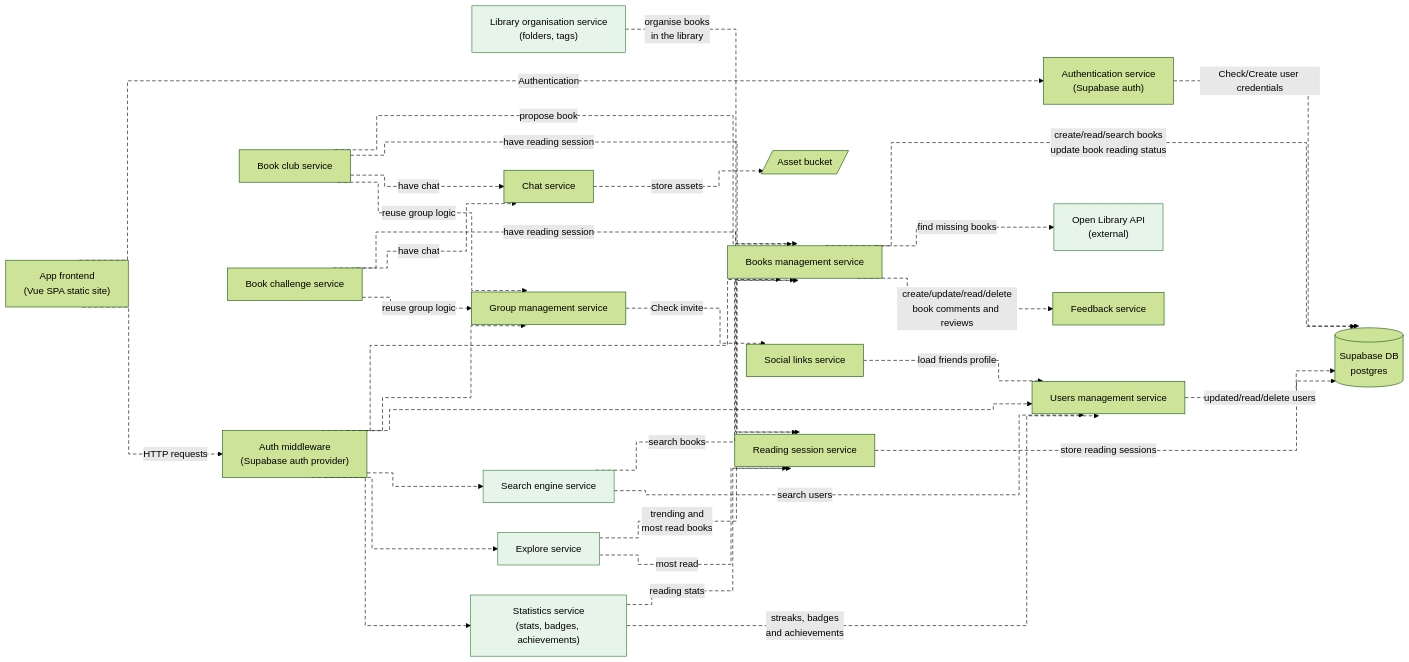
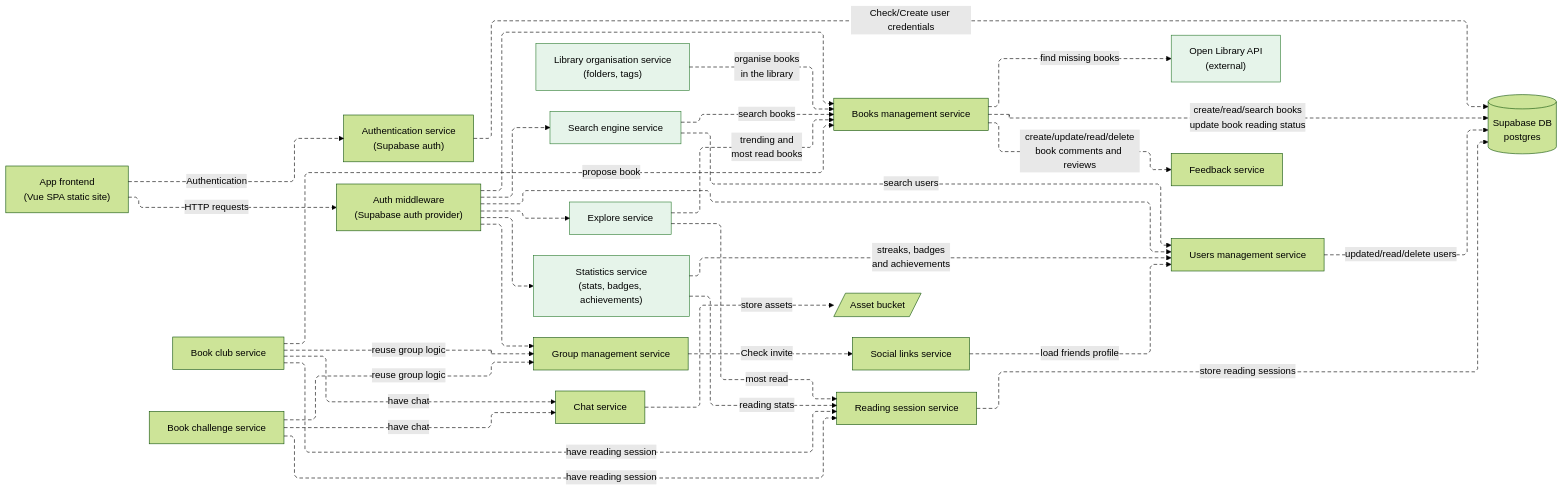
Before and after one commit to MESW-LES-2627/les-project-group-6: the third of 3 diagrams in docs/design.md, drawn with Mermaid (forest theme). The commit also changed 1 other file, not shown here.

Commit message:
docs: align arrows in the iteration 2 component diagram

````diff
--- a/docs/design.md
+++ b/docs/design.md
@@ -450,70 +450,73 @@
 ```mermaid
 ---
 config:
+  layout: elk
+  elk:
+    nodePlacementStrategy: NETWORK_SIMPLEX
   flowchart:
-    curve: step
+    curve: linear
 ---
 flowchart LR
     FE["App frontend<br/>(Vue SPA static site)"]
     AUTH["Authentication service<br/>(Supabase auth)"]
     MW["Auth middleware<br/>(Supabase auth provider)"]
     DB[("Supabase DB<br/>postgres")]
     BUCKET[/"Asset bucket"/]
     OL["Open Library API<br/>(external)"]
 
     BM["Books management service"]
     FB["Feedback service"]
     LO["Library organisation service<br/>(folders, tags)"]
     SE["Search engine service"]
     EX["Explore service"]
     ST["Statistics service<br/>(stats, badges, achievements)"]
     GM["Group management service"]
     CH["Chat service"]
     SL["Social links service"]
     UM["Users management service"]
     RS["Reading session service"]
     BC["Book club service"]
     BCH["Book challenge service"]
 
     FE -. "Authentication" .-> AUTH
     FE -. "HTTP requests" .-> MW
     AUTH -. "Check/Create user credentials" .-> DB
 
     MW -.-> BM
     MW -.-> GM
     MW -.-> UM
     MW -.-> SE
     MW -.-> EX
     MW -.-> ST
 
     BM -. "create/read/search books<br/>update book reading status" .-> DB
     BM -. "find missing books" .-> OL
     BM -. "create/update/read/delete<br/>book comments and reviews" .-> FB
     LO -. "organise books<br/>in the library" .-> BM
 
     SE -. "search books" .-> BM
     SE -. "search users" .-> UM
     EX -. "trending and<br/>most read books" .-> BM
     EX -. "most read" .-> RS
 
     RS -. "store reading sessions" .-> DB
     ST -. "reading stats" .-> RS
     ST -. "streaks, badges<br/>and achievements" .-> UM
 
     CH -. "store assets" .-> BUCKET
     GM -. "Check invite" .-> SL
     SL -. "load friends profile" .-> UM
     UM -. "updated/read/delete users" .-> DB
 
     BC -. "propose book" .-> BM
     BC -. "have reading session" .-> RS
     BCH -. "have reading session" .-> RS
     BC -. "have chat" .-> CH
     BCH -. "have chat" .-> CH
     BC -. "reuse group logic" .-> GM
     BCH -. "reuse group logic" .-> GM
 
     classDef new fill:#e6f4ea,stroke:#2e7d32
     class LO,SE,EX,ST,OL new
     linkStyle default stroke-dasharray:6 4
 ```
````
